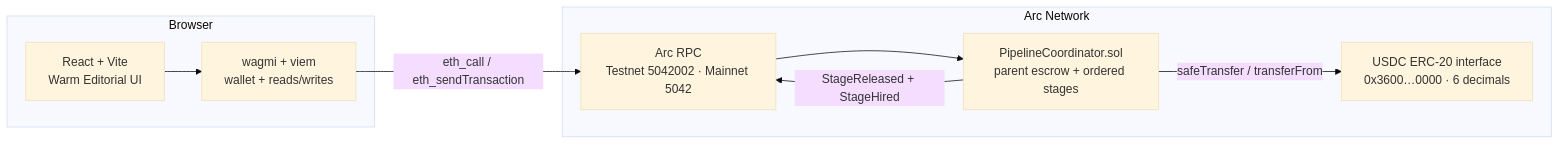
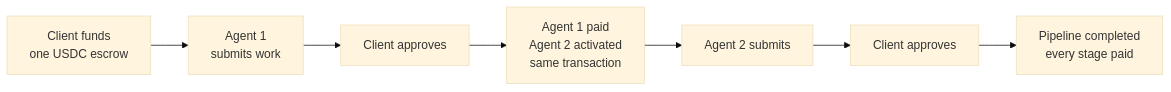
Before and after one commit to onyebuchidaniel60/Relaycrew: the diagram in README.md, drawn with Mermaid (base theme). The commit also changed other lines of this file and 1 other file, not shown here.

````diff
--- a/README.md
+++ b/README.md
@@ -149,19 +60,9 @@
 ```mermaid
 flowchart LR
-  subgraph Browser["Browser"]
-    UI["React + Vite<br/>Warm Editorial UI"]
-    W["wagmi + viem<br/>wallet + reads/writes"]
-    UI --> W
-  end
-
-  subgraph Arc["Arc Network"]
-    RPC["Arc RPC<br/>Testnet 5042002 · Mainnet 5042"]
-    C["PipelineCoordinator.sol<br/>parent escrow + ordered stages"]
-    U["USDC ERC-20 interface<br/>0x3600…0000 · 6 decimals"]
-    RPC --> C
-    C -->|"safeTransfer / transferFrom"| U
-  end
-
-  W -->|"eth_call / eth_sendTransaction"| RPC
-  C -->|"StageReleased + StageHired"| RPC
+  A["Client funds<br/>one USDC escrow"] --> B["Agent 1<br/>submits work"]
+  B --> C["Client approves"]
+  C --> D["Agent 1 paid<br/>Agent 2 activated<br/>same transaction"]
+  D --> E["Agent 2 submits"]
+  E --> F["Client approves"]
+  F --> G["Pipeline completed<br/>every stage paid"]
 ```
````
